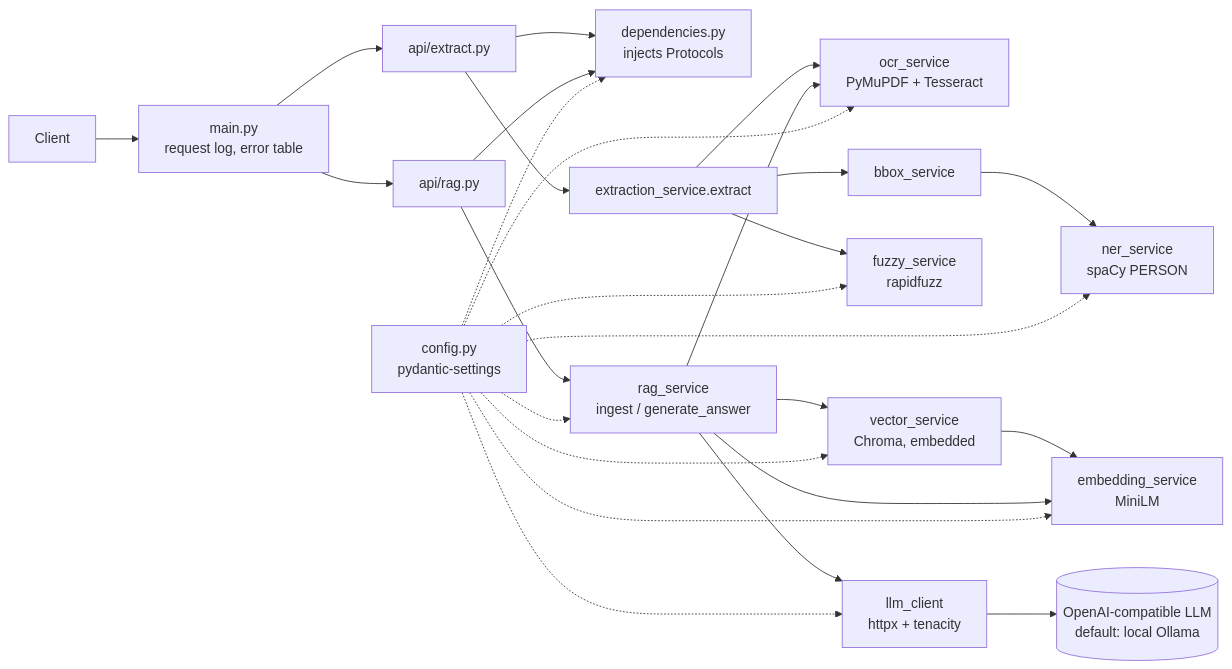
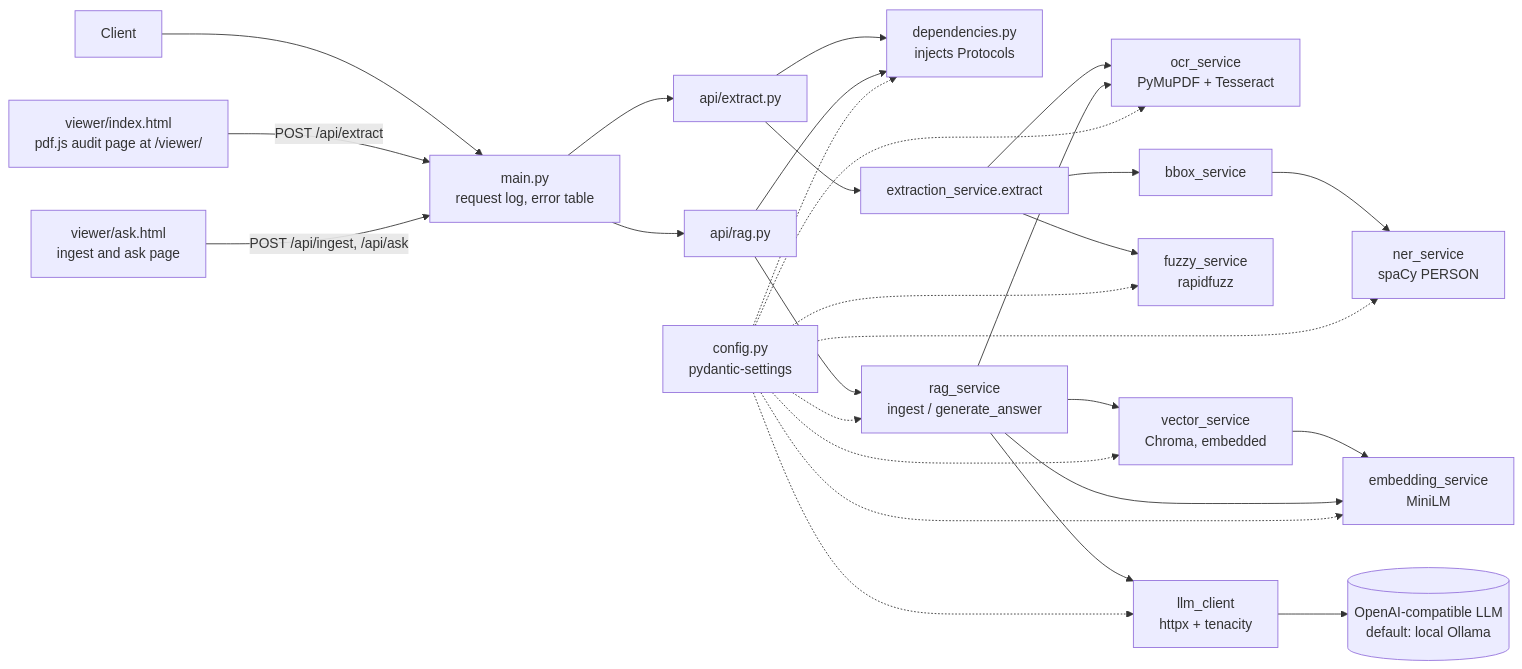
The first of 2 diagrams in DESIGN.md (Jeikosd/ML-Engineer-test), drawn with Mermaid before and after one commit. The commit also changed 1 other file, not shown here.

Commit message:
docs: record viewer and CI decisions

````diff
--- a/DESIGN.md
+++ b/DESIGN.md
@@ -7,19 +7,21 @@
 ```mermaid
 flowchart LR
     C[Client] --> M["main.py<br/>request log, error table"]
+    VW["viewer/index.html<br/>pdf.js audit page at /viewer/"] -->|POST /api/extract| M
+    AP["viewer/ask.html<br/>ingest and ask page"] -->|POST /api/ingest, /api/ask| M
     M --> RE["api/extract.py"]
     M --> RR["api/rag.py"]
     RE --> D["dependencies.py<br/>injects Protocols"]
     RR --> D
     RE --> X["extraction_service.extract"]
     RR --> G["rag_service<br/>ingest / generate_answer"]
     X --> O["ocr_service<br/>PyMuPDF + Tesseract"]
     X --> B["bbox_service"] --> N["ner_service<br/>spaCy PERSON"]
     X --> F["fuzzy_service<br/>rapidfuzz"]
     G --> O
     G --> V["vector_service<br/>Chroma, embedded"]
     V --> E["embedding_service<br/>MiniLM"]
     G --> E
     G --> L["llm_client<br/>httpx + tenacity"] --> LLM[("OpenAI-compatible LLM<br/>default: local Ollama")]
     CFG["config.py<br/>pydantic-settings"] -.-> D & G & O & N & F & V & E & L
 ```
````
